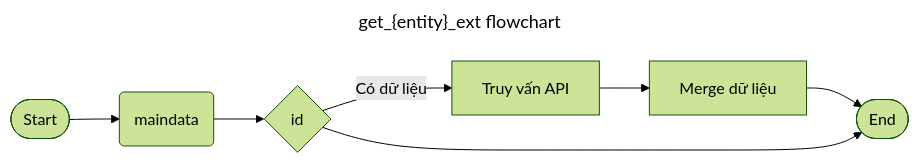
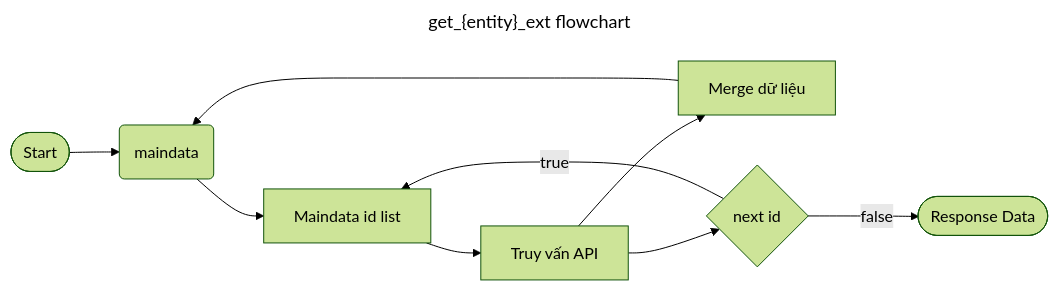
Before and after one commit to WuzenLiz/markdown: the ninth of 9 diagrams in pseudoAllFunction.md, drawn with Mermaid. The commit also changed other lines of this file, not shown here.

Commit message:
update graph pull

````diff
--- a/pseudoAllFunction.md
+++ b/pseudoAllFunction.md
@@ -123,15 +158,15 @@
     ```mermaid
     ---
         title: get_{entity}_ext flowchart
         config: 
             theme: forest
             curve: basis
     ---
     flowchart LR
-    START([Start])-->Data(maindata) --> A{id}
-    A --> |Có dữ liệu| B[Truy vấn API]
-    %%MAP extdata to maindata[id]%%
-    B --> C[Merge dữ liệu]
-    C --> End([End])
-    A --> End([End])
+    START([Start])-->Data(maindata) --> A[Maindata id list]
+    A --> B[Truy vấn API]
+    B --> C[Merge dữ liệu] --> Data 
+    B --> Q{next id}
+    Q -->|true| A
+    Q -->|false| End([Response Data])
     ```
````
